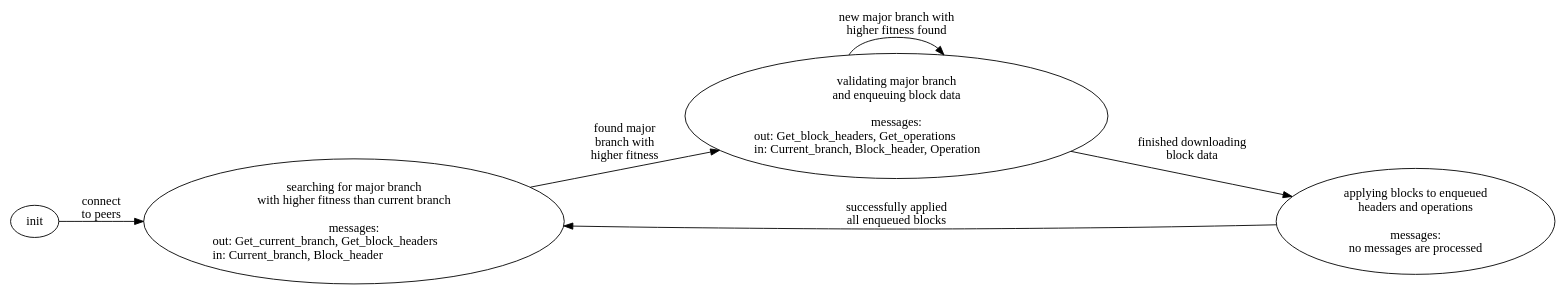
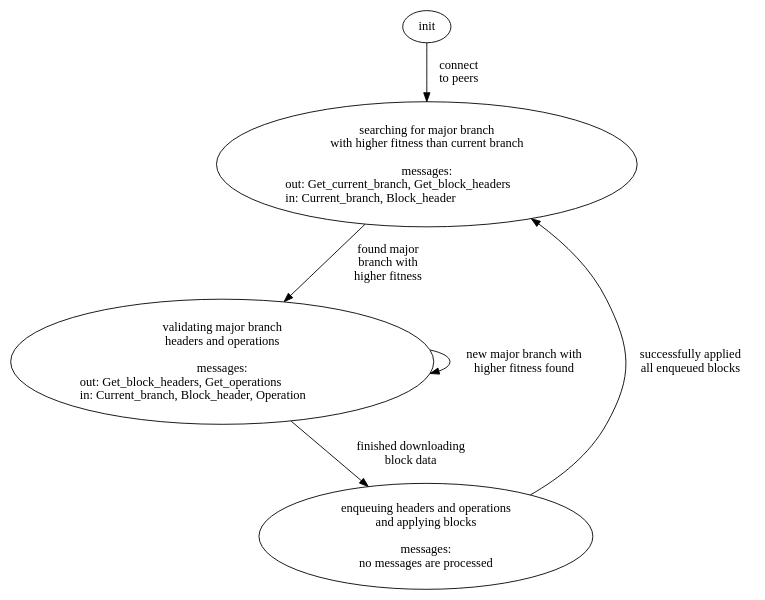
Before and after one commit to Isaac-DeFrain/presentations: the diagram in Nomadic_scientific_seminar_5-25-2021/phase_diagram.dot, drawn with Graphviz. The commit also changed 27 other files, not shown here.

```diff
--- a/Nomadic_scientific_seminar_5-25-2021/phase_diagram.dot
+++ b/Nomadic_scientific_seminar_5-25-2021/phase_diagram.dot
@@ -1,18 +1,18 @@
 digraph phase_diagram {
 
-    rankdir=LR;
+    // rankdir=LR;
 
     // states
-    init;
+    init   [href="./node_files/init.html", label="init"];
     search [href="./node_files/searching_for_major_branch.html", label="searching for major branch\nwith higher fitness than current branch\n\nmessages:\nout: Get_current_branch, Get_block_headers\lin: Current_branch, Block_header\l"];
-    major  [href="./node_files/validating_major_branch.html", label="validating major branch\nand enqueuing block data\n\nmessages:\nout: Get_block_headers, Get_operations\lin: Current_branch, Block_header, Operation\l"];
-    apply  [href="./node_files/applying_blocks.html", label="applying blocks to enqueued\nheaders and operations\n\nmessages:\nno messages are processed"];
+    major  [href="./node_files/validating_major_branch.html", label="validating major branch\nheaders and operations\n\nmessages:\nout: Get_block_headers, Get_operations\lin: Current_branch, Block_header, Operation\l"];
+    apply  [href="./node_files/applying_blocks.html", label="enqueuing headers and operations\nand applying blocks\n\nmessages:\nno messages are processed"];
 
     // transitions
-    init   -> search [href="./edge_files/connect_to_peers.html", label="connect\nto peers"];
+    init   -> search [href="./edge_files/connect_to_peers.html", label="  connect\n  to peers"];
     search -> major  [href="./edge_files/found_major_branch.html", label="found major\nbranch with\nhigher fitness"];
     major  -> major  [href="./edge_files/new_major_branch.html", label="new major branch with\nhigher fitness found"];
     major  -> apply  [href="./edge_files/enqueue.html", label="finished downloading\nblock data"];
-    apply  -> search [href="./edge_files/applied_blocks.html", label="\nsuccessfully applied\nall enqueued blocks"];
+    apply  -> search [href="./edge_files/applied_blocks.html", label="successfully applied\nall enqueued blocks"];
 
 }
```
